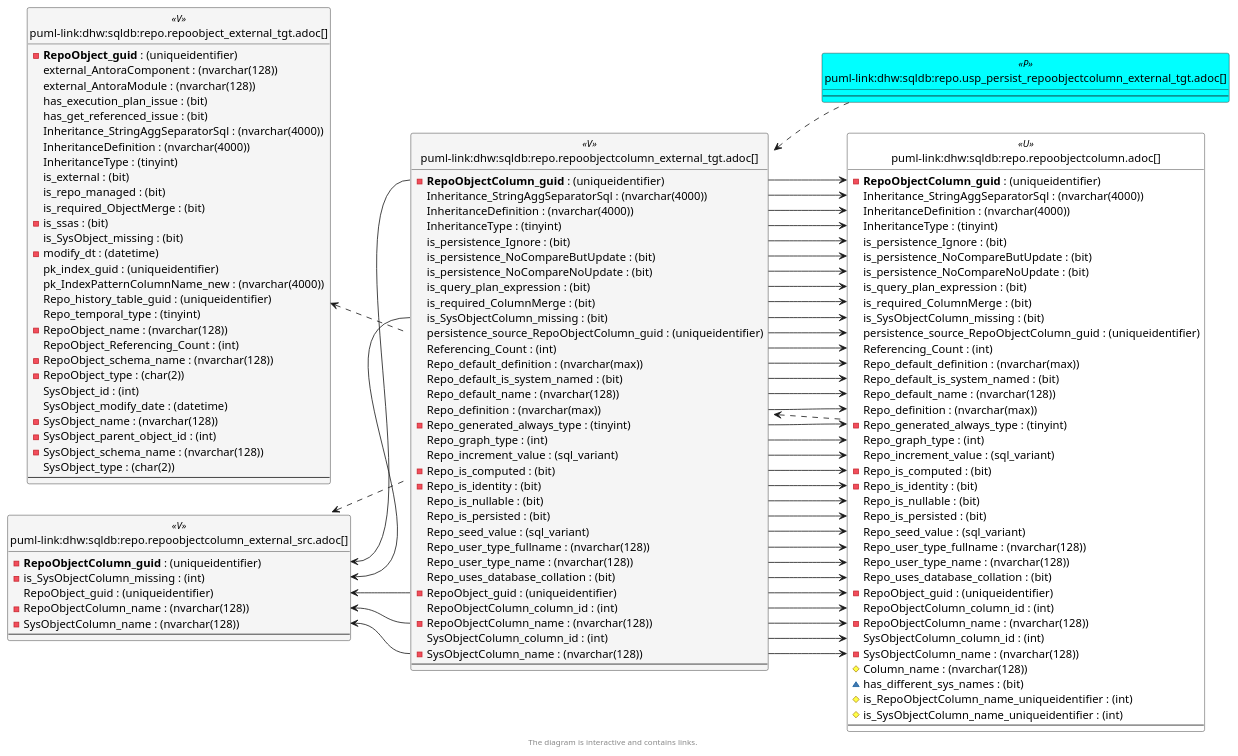
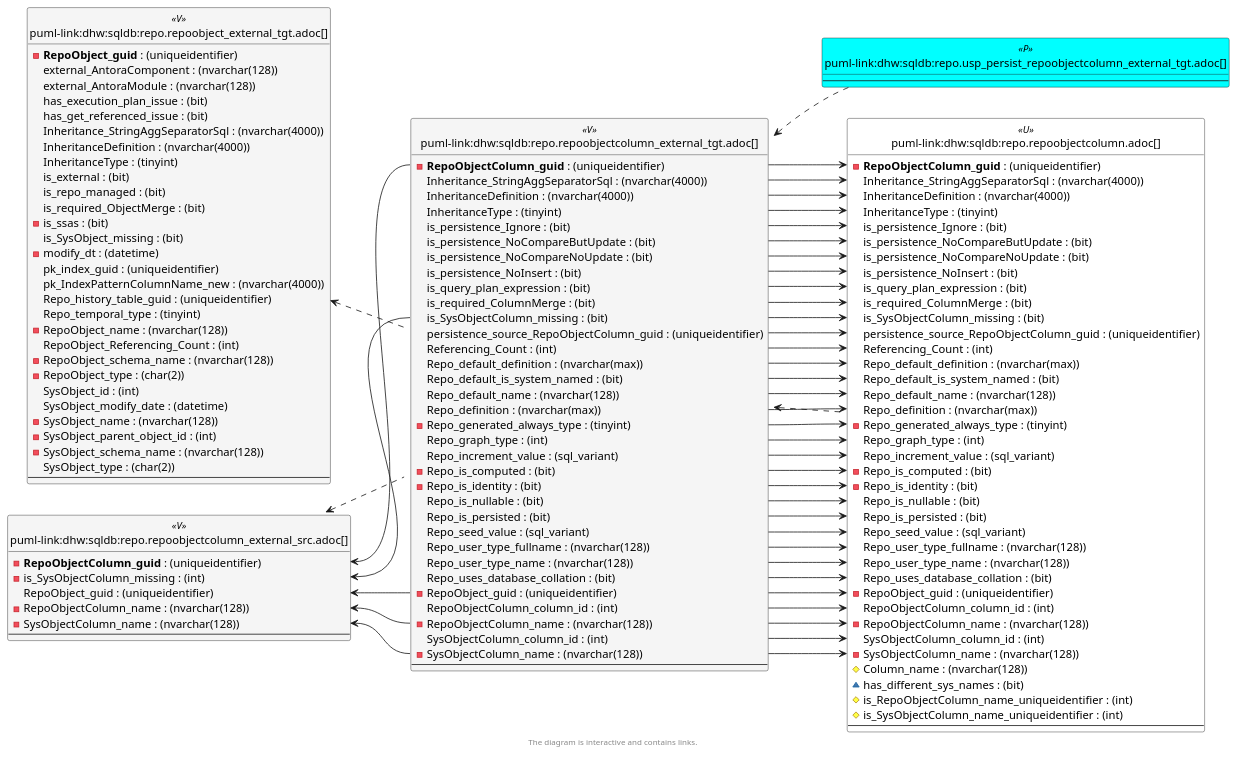
The sixth of 6 diagrams in docs/modules/sqldb/partials/content/repo.repoobjectcolumn_external_tgt.adoc (DataHandwerk/dhw-antora-sqldb), drawn with PlantUML before and after one commit. The commit also changed other lines of this file and 701 other files, not shown here.

```diff
--- a/docs/modules/sqldb/partials/content/repo.repoobjectcolumn_external_tgt.adoc
+++ b/docs/modules/sqldb/partials/content/repo.repoobjectcolumn_external_tgt.adoc
@@ -3649,6 +3701,7 @@
   is_persistence_Ignore : (bit)
   is_persistence_NoCompareButUpdate : (bit)
   is_persistence_NoCompareNoUpdate : (bit)
+  is_persistence_NoInsert : (bit)
   is_query_plan_expression : (bit)
   is_required_ColumnMerge : (bit)
   is_SysObjectColumn_missing : (bit)
@@ -3698,6 +3751,7 @@
   is_persistence_Ignore : (bit)
   is_persistence_NoCompareButUpdate : (bit)
   is_persistence_NoCompareNoUpdate : (bit)
+  is_persistence_NoInsert : (bit)
   is_query_plan_expression : (bit)
   is_required_ColumnMerge : (bit)
   is_SysObjectColumn_missing : (bit)
@@ -3740,6 +3794,7 @@
 "repo.RepoObjectColumn::is_persistence_Ignore" <-- "repo.RepoObjectColumn_external_tgt::is_persistence_Ignore"
 "repo.RepoObjectColumn::is_persistence_NoCompareButUpdate" <-- "repo.RepoObjectColumn_external_tgt::is_persistence_NoCompareButUpdate"
 "repo.RepoObjectColumn::is_persistence_NoCompareNoUpdate" <-- "repo.RepoObjectColumn_external_tgt::is_persistence_NoCompareNoUpdate"
+"repo.RepoObjectColumn::is_persistence_NoInsert" <-- "repo.RepoObjectColumn_external_tgt::is_persistence_NoInsert"
 "repo.RepoObjectColumn::is_query_plan_expression" <-- "repo.RepoObjectColumn_external_tgt::is_query_plan_expression"
 "repo.RepoObjectColumn::is_required_ColumnMerge" <-- "repo.RepoObjectColumn_external_tgt::is_required_ColumnMerge"
 "repo.RepoObjectColumn::is_SysObjectColumn_missing" <-- "repo.RepoObjectColumn_external_tgt::is_SysObjectColumn_missing"
```
